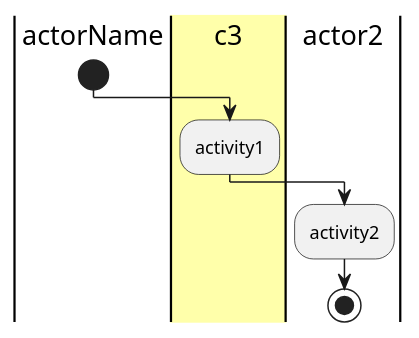
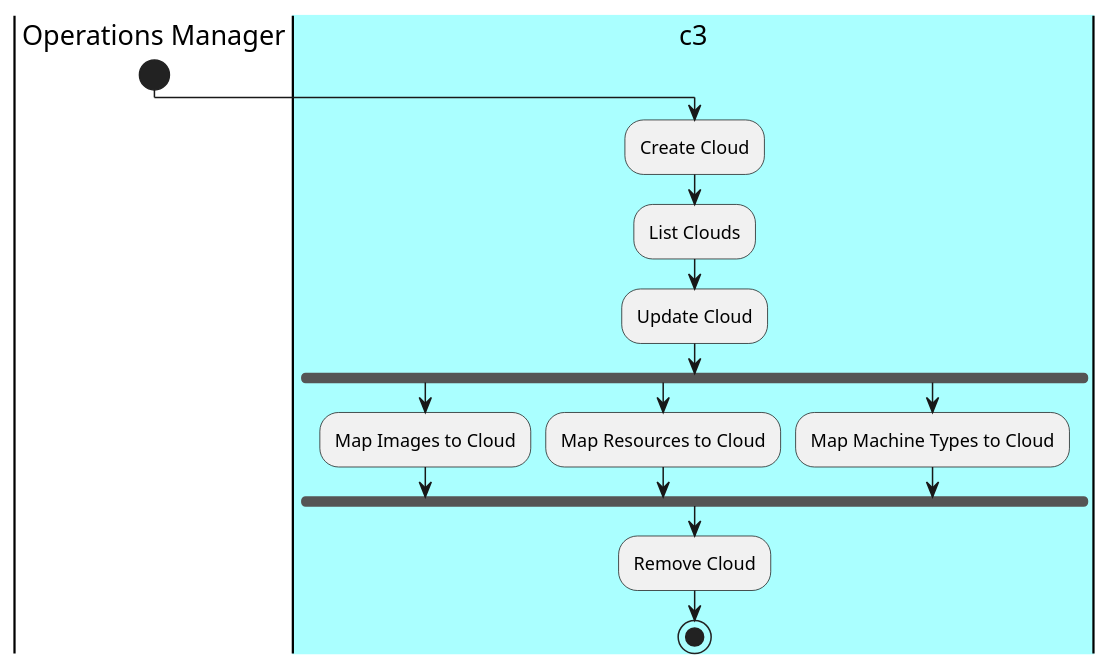
Before and after one commit to CAADE/C3: the diagram in docs/UseCases/Manage-Clouds/Activities.puml, drawn with PlantUML. The commit also changed 1607 other files, not shown here.

Commit message:
New format and simulated architecture

```diff
--- a/docs/UseCases/Manage-Clouds/Activities.puml
+++ b/docs/UseCases/Manage-Clouds/Activities.puml
@@ -1,9 +1,17 @@
 @startuml
-|actorName|
+|Operations Manager|
 start
-|#ffffaa|c3|
-:activity1;
-|actor2|
-:activity2;
+|#aaffff|c3|
+:Create Cloud;
+:List Clouds;
+:Update Cloud;
+fork
+:Map Images to Cloud;
+fork again
+:Map Resources to Cloud;
+fork again
+:Map Machine Types to Cloud;
+end fork
+:Remove Cloud;
 stop
 @enduml
```
